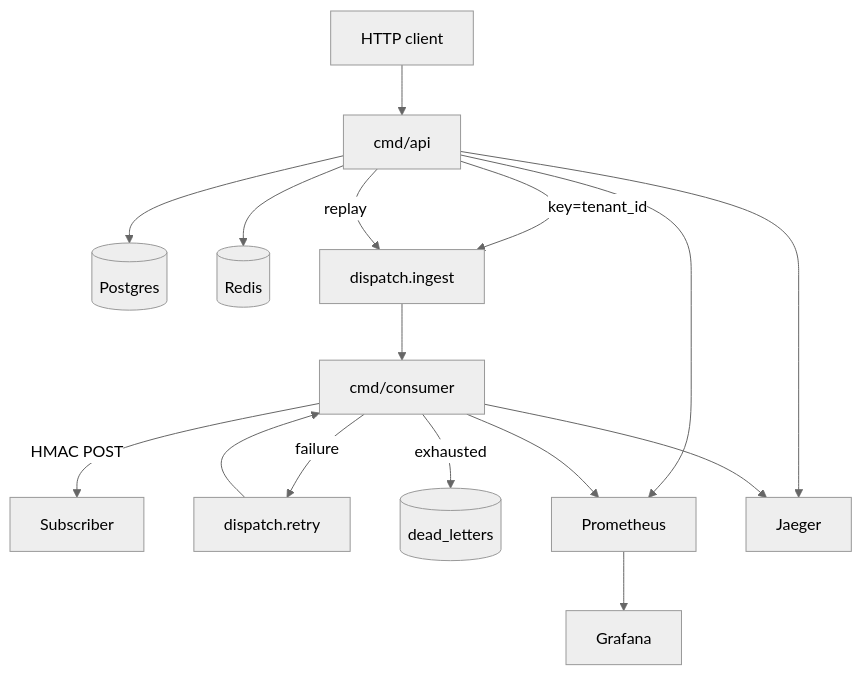
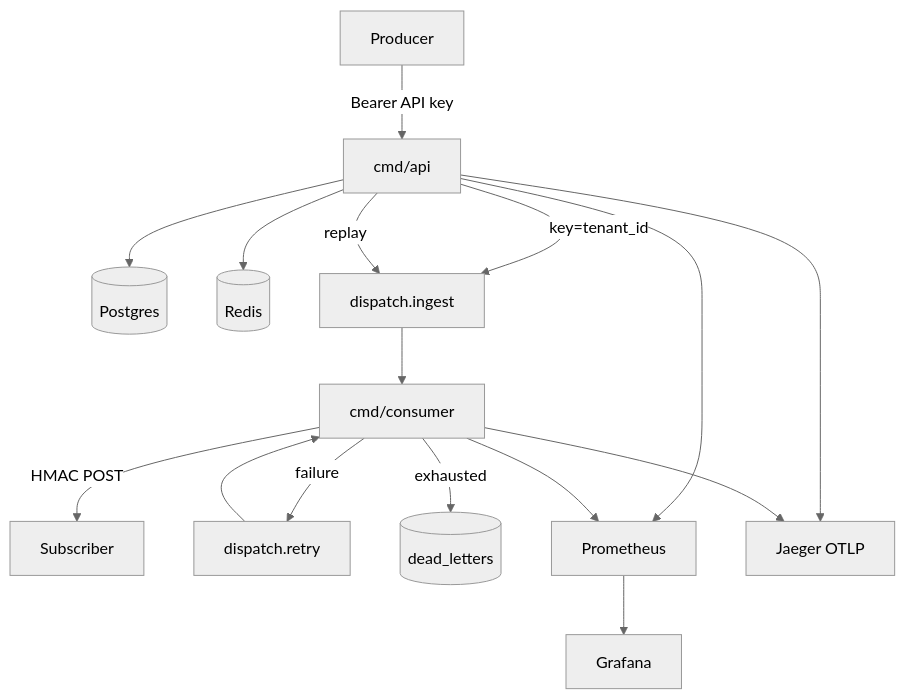
The diagram in README.md (yxshwanth/Dispatch), drawn with Mermaid (neutral theme) before and after one commit. The commit also changed other lines of this file and 29 other files, not shown here.

````diff
--- a/README.md
+++ b/README.md
@@ -155,18 +10,18 @@
 ```mermaid
 flowchart TB
-  Client[HTTP client] --> API[cmd/api]
+  Producer[Producer] -->|Bearer API key| API[cmd/api]
   API --> PG[(Postgres)]
   API --> Redis[(Redis)]
   API -->|key=tenant_id| Ingest[dispatch.ingest]
-  Ingest --> Worker[cmd/consumer]
-  Worker -->|HMAC POST| Endpoint[Subscriber]
-  Worker -->|failure| Retry[dispatch.retry]
-  Retry --> Worker
-  Worker -->|exhausted| DLQ[(dead_letters)]
+  Ingest --> Consumer[cmd/consumer]
+  Consumer -->|HMAC POST| Endpoint[Subscriber]
+  Consumer -->|failure| Retry[dispatch.retry]
+  Retry --> Consumer
+  Consumer -->|exhausted| DLQ[(dead_letters)]
   API -->|replay| Ingest
   API --> Prom[Prometheus]
-  Worker --> Prom
+  Consumer --> Prom
   Prom --> Graf[Grafana]
-  API --> Jaeger
-  Worker --> Jaeger
+  API --> Jaeger[Jaeger OTLP]
+  Consumer --> Jaeger
 ```
````
